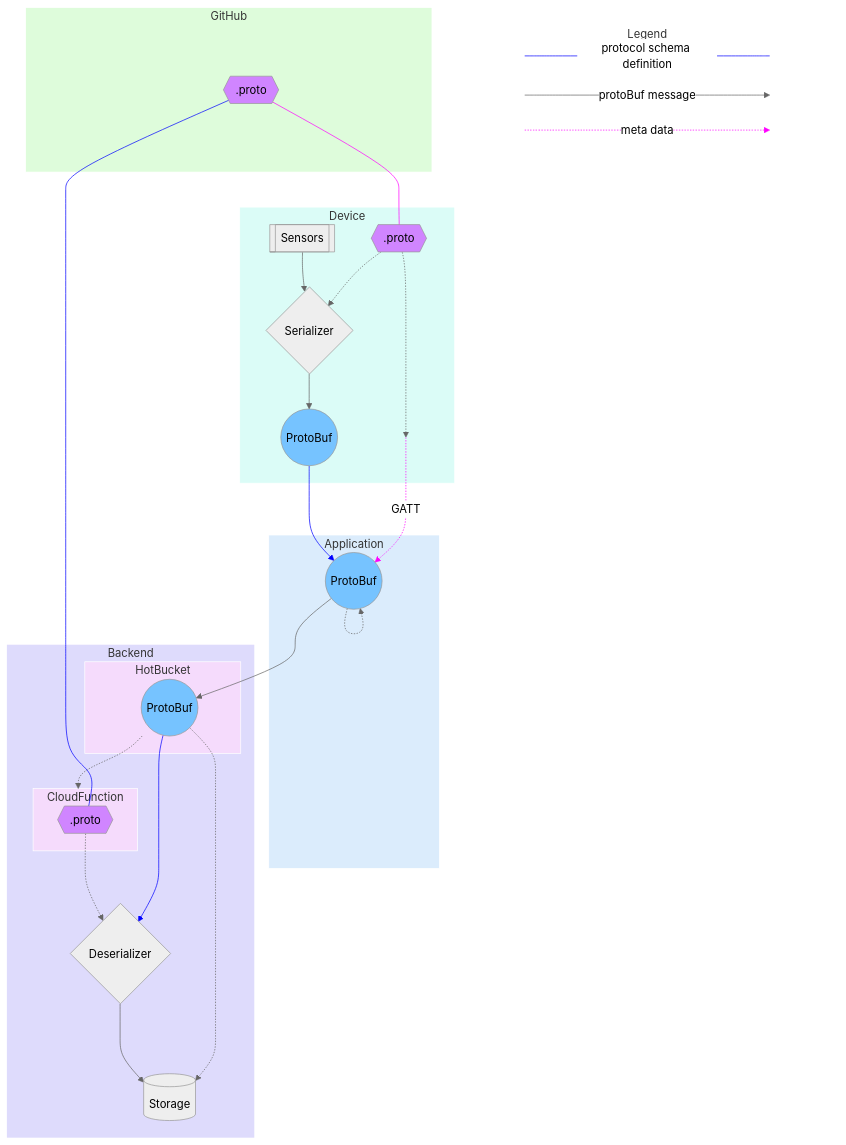
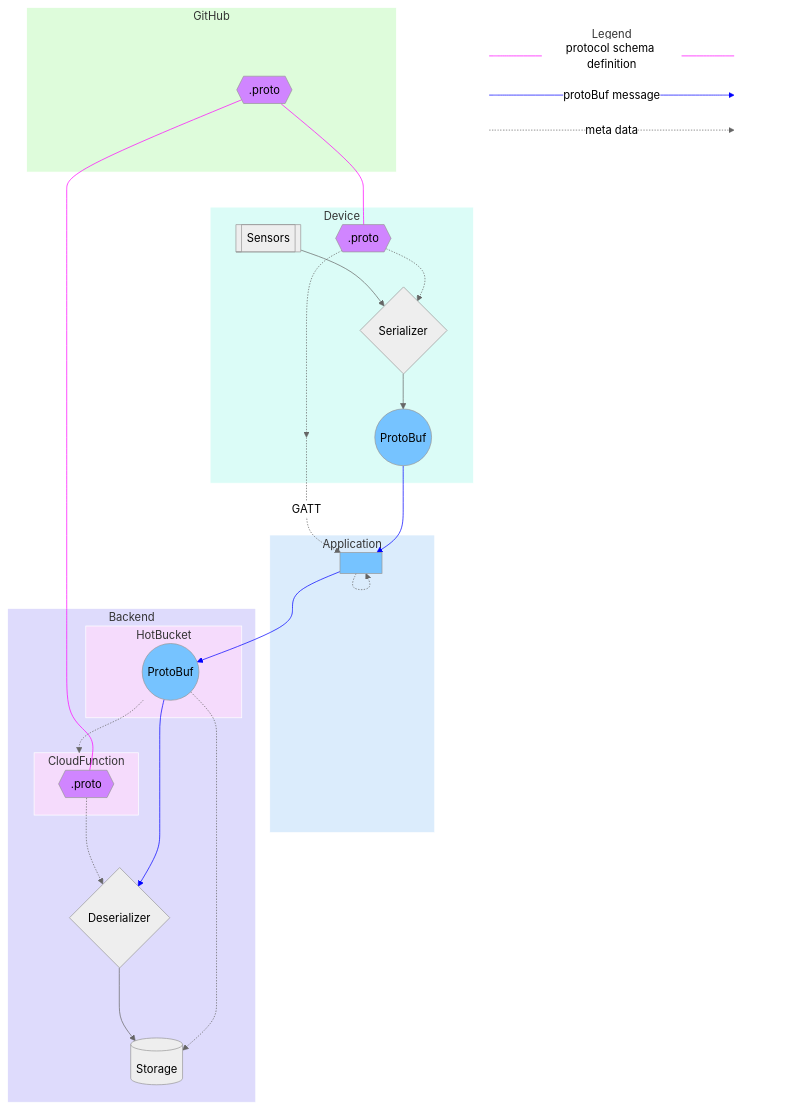
The fourth of 4 diagrams in README.md (bertranddelvaux/sample_data), drawn with Mermaid (neutral theme) before and after one commit.

````diff
--- a/README.md
+++ b/README.md
@@ -48,73 +48,73 @@
 ```mermaid
 flowchart TB
-    a -.->|GATT| F
     subgraph Legend
       direction LR
       start1[ ] ----|protocol schema definition| stop1[ ]
       style start1 height:0px;
       style stop1 height:0px;
       start2[ ] --->|protoBuf message| stop2[ ]
       style start2 height:0px;
       style stop2 height:0px; 
       start3[ ] -..->|meta data| stop3[ ]
       style start3 height:0px;
       style stop3 height:0px; 
     end
     A --- B & I
     E --> F
     F --> G
-    F[ ] -.->|<account_id>\n<user_id>\n<recording_mode>\n<hash_commit>\n<protocol_id>| F
+    a -.->|GATT| F
     subgraph GitHub
         A{{.proto}}
     end
     subgraph Device
         B{{.proto}}
         C[[Sensors]]
         D{Serializer}
         E((ProtoBuf))
         a[ ]
         B -.-> D
         B -.->|<protocol_id>\n<hash_commit>| a
         C --> D
         D --> E
     end
     subgraph Application
         F((ProtoBuf))
+        F[ ] -.->|<account_id>\n<user_id>\n<recording_mode>\n<hash_commit>\n<protocol_id>| F
     end
     subgraph Backend
         subgraph HotBucket
             G((ProtoBuf))
         end
         subgraph CloudFunction
             I{{.proto}}
         end
         J{Deserializer}
         K[(Storage)]
         G -.->|<account_id>\n<user_id>\n<recording_mode>| K
         G --> J
         I -.-> J
         J ---> K
         G -.->|\n<hash_commit>\n<protocol_id>| CloudFunction
     end
     style GitHub fill:#DEFCDBFF, stroke:white;
     style Device fill:#DBFCF7FF, stroke:white; 
     style Application fill:#DBECFCFF, stroke:white;
     style Backend fill:#DEDBFCFF, stroke:white;
     style CloudFunction fill:#F5DBFCFF, stroke:white;
     style HotBucket fill:#F5DBFCFF, stroke:white;
     style Legend fill:#FFFFFF77, stroke:white;
     style A fill:#D085FFFF;
     style B fill:#D085FFFF;
     style I fill:#D085FFFF;
     linkStyle 0 stroke:magenta;
     linkStyle 1 stroke:blue;
     linkStyle 3 stroke:magenta;
     linkStyle 4 stroke:magenta;
     linkStyle 5 stroke:blue;
     linkStyle 6 stroke:blue;
     linkStyle 14 stroke:blue;
     style E fill:#76C3FFFF;
     style F fill:#76C3FFFF;
     style G fill:#76C3FFFF;
     style a height:0px;
 ```
````
